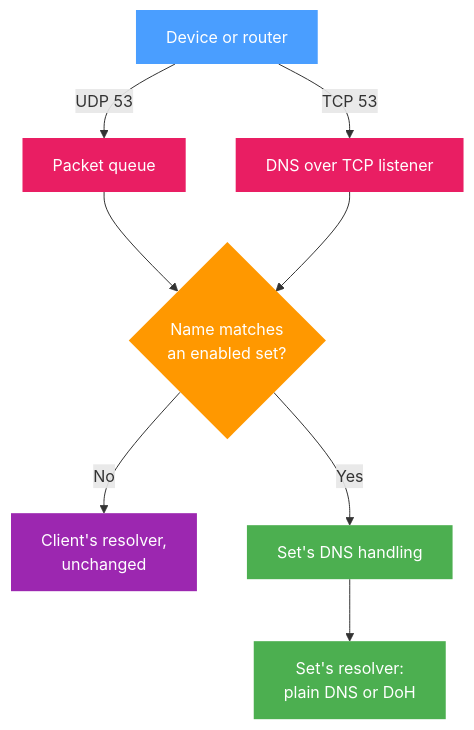
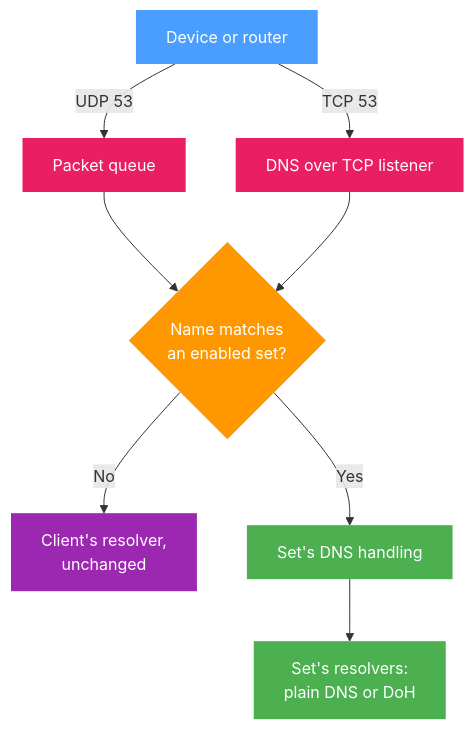
The diagram in docs/docs/internals/dns.md (DanielLavrushin/b4), drawn with Mermaid before and after one commit. The commit also changed other lines of this file and 21 other files, not shown here.

First line of the commit message:
docs(dns): the Resolvers field and the order of asking, both locales

````diff
--- a/docs/docs/internals/dns.md
+++ b/docs/docs/internals/dns.md
@@ -22,18 +22,18 @@
 ```mermaid
 flowchart TB
     C["Device or router"] -->|"UDP 53"| Q["Packet queue"]
     C -->|"TCP 53"| R["DNS over TCP listener"]
     Q --> M{"Name matches<br/>an enabled set?"}
     R --> M
     M -->|"No"| U["Client's resolver,<br/>unchanged"]
     M -->|"Yes"| S["Set's DNS handling"]
-    S --> P["Set's resolver:<br/>plain DNS or DoH"]
+    S --> P["Set's resolvers:<br/>plain DNS or DoH"]
 
     style C fill:#4a9eff,color:#fff,stroke:none
     style Q fill:#e91e63,color:#fff,stroke:none
     style R fill:#e91e63,color:#fff,stroke:none
     style M fill:#ff9800,color:#fff,stroke:none
     style U fill:#9c27b0,color:#fff,stroke:none
     style S fill:#4caf50,color:#fff,stroke:none
     style P fill:#4caf50,color:#fff,stroke:none
 ```
````
